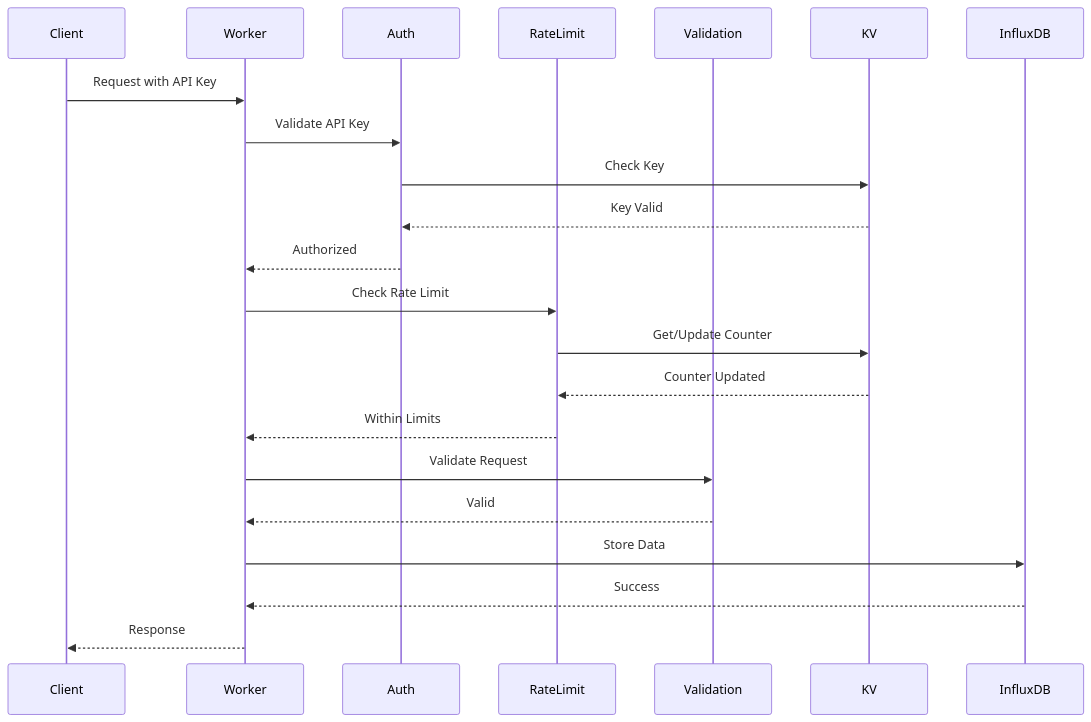
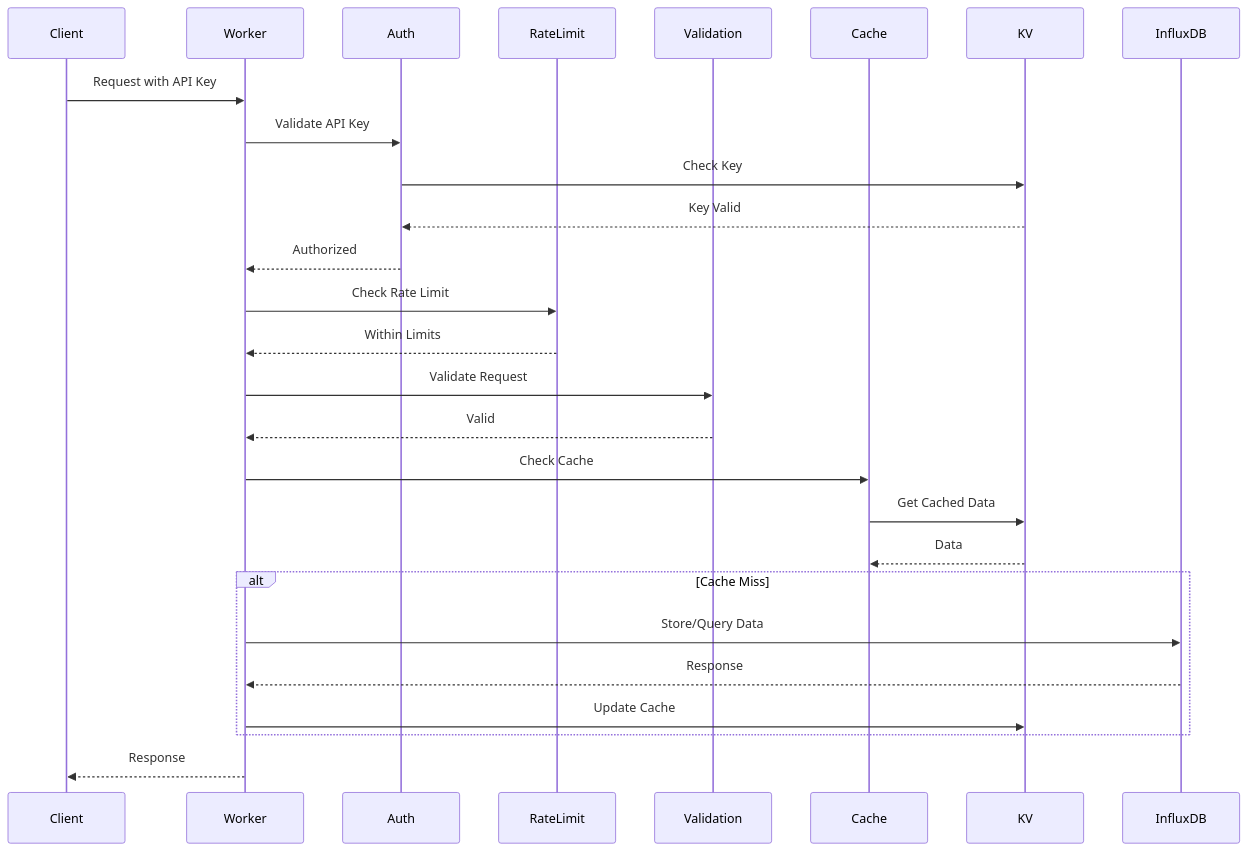
One commit to veilands/cf-learn changed the second of 3 diagrams in docs/architecture.md. Above: the diagram before and after it, drawn with Mermaid. The commit also changed other lines of this file and 21 other files, not shown here.

````diff
--- a/docs/architecture.md
+++ b/docs/architecture.md
@@ -17,25 +17,30 @@
 ```mermaid
 sequenceDiagram
     participant Client
     participant Worker
     participant Auth
     participant RateLimit
     participant Validation
+    participant Cache
     participant KV
     participant InfluxDB
 
     Client->>Worker: Request with API Key
     Worker->>Auth: Validate API Key
     Auth->>KV: Check Key
     KV-->>Auth: Key Valid
     Auth-->>Worker: Authorized
     Worker->>RateLimit: Check Rate Limit
-    RateLimit->>KV: Get/Update Counter
-    KV-->>RateLimit: Counter Updated
     RateLimit-->>Worker: Within Limits
     Worker->>Validation: Validate Request
     Validation-->>Worker: Valid
-    Worker->>InfluxDB: Store Data
-    InfluxDB-->>Worker: Success
+    Worker->>Cache: Check Cache
+    Cache->>KV: Get Cached Data
+    KV-->>Cache: Data
+    alt Cache Miss
+        Worker->>InfluxDB: Store/Query Data
+        InfluxDB-->>Worker: Response
+        Worker->>KV: Update Cache
+    end
     Worker-->>Client: Response
 ```
````
